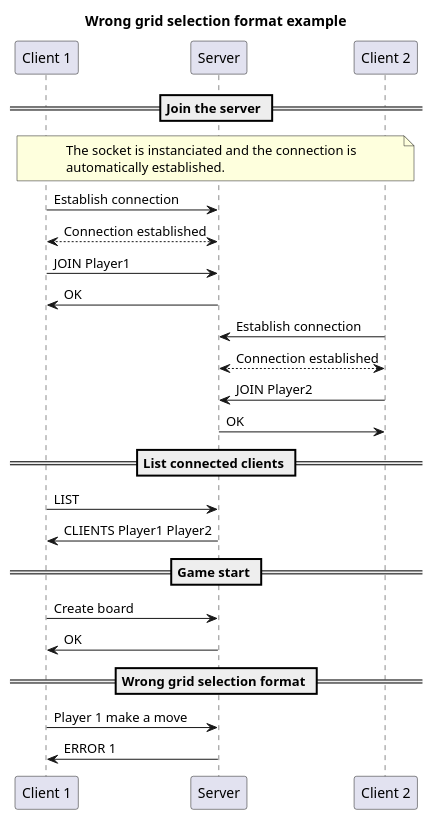
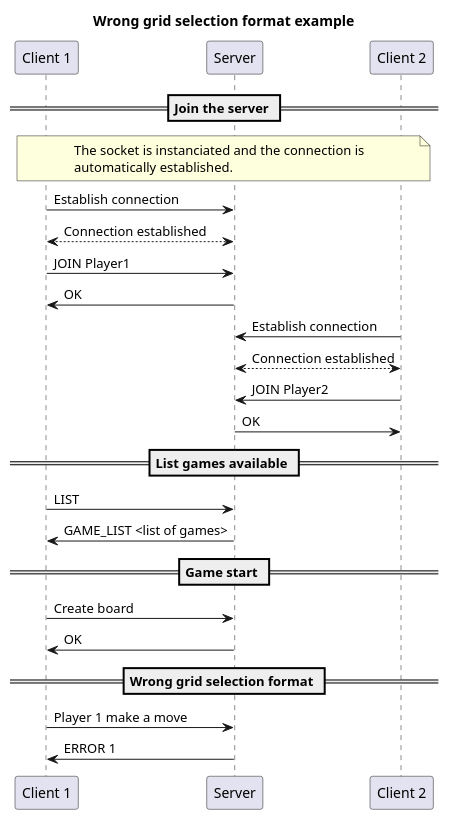
The diagram in doc/diagrams/format_error_example.puml (AlexB-HEIG/DAI-Practical-work-2), drawn with PlantUML before and after one commit. The commit also changed 12 other files, not shown here.

```diff
--- a/doc/diagrams/format_error_example.puml
+++ b/doc/diagrams/format_error_example.puml
@@ -1,43 +1,43 @@
 @startuml
 
 title "Wrong grid selection format example"
 
 participant "Client 1" as c1
 participant "Server" as s
 participant "Client 2" as c2
 
 == Join the server ==
 
 note over c1, c2
 The socket is instanciated and the connection is
 automatically established.
 end note
 
 c1->s : Establish connection
 c1<-->s : Connection established
 
 c1->s: JOIN Player1
 s->c1: OK
 
 c2->s : Establish connection
 c2<-->s : Connection established
 
 c2->s: JOIN Player2
 s->c2: OK
 
-== List connected clients ==
+== List games available ==
 
 c1->s: LIST
-s->c1: CLIENTS Player1 Player2
+s->c1: GAME_LIST <list of games>
 
 == Game start ==
 
 c1->s : Create board
 s->c1: OK
 
 == Wrong grid selection format ==
 c1->s: Player 1 make a move
 s->c1: ERROR 1
 
 
 @enduml
```
